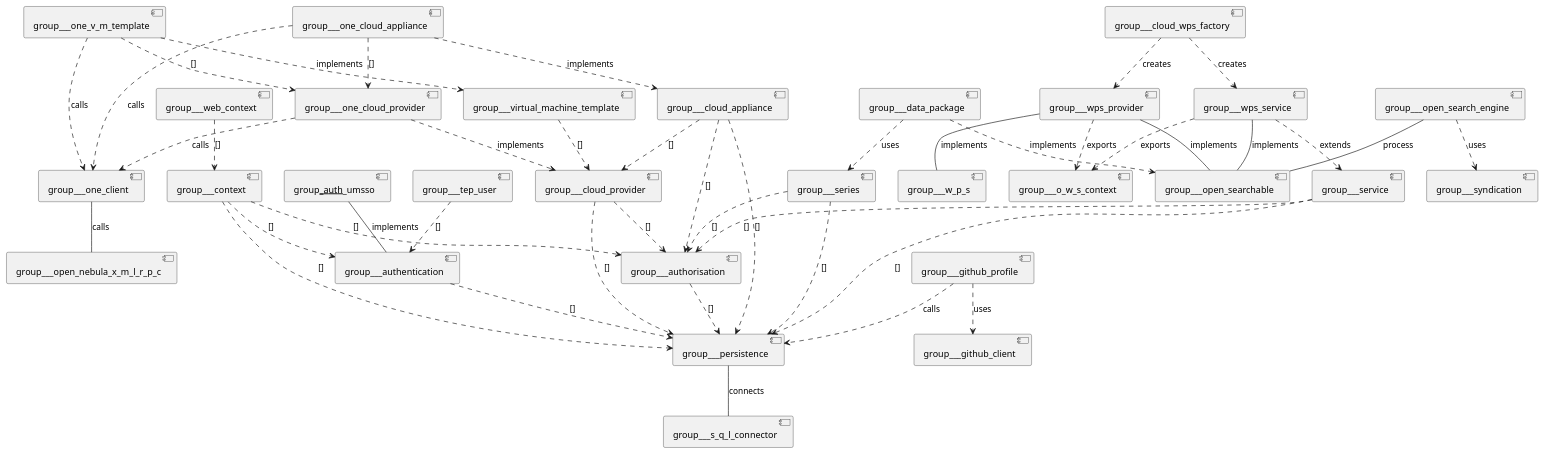
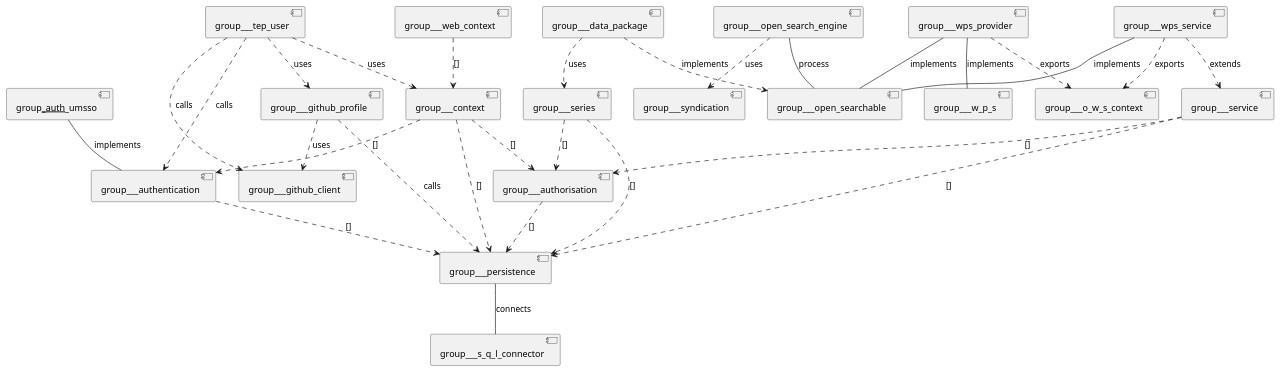
One commit to urban-tep/DDF-SDD changed the diagram in source/groups/group_relations.iuml. Above: the diagram before and after it, drawn with PlantUML. The commit also changed 133 other files, not shown here.

```diff
--- a/source/groups/group_relations.iuml
+++ b/source/groups/group_relations.iuml
@@ -1,44 +1,30 @@
 @startuml
 [group___auth___umsso]  --  [group___authentication] : implements
 [group___authentication]  ..>  [group___persistence] : []
 [group___authorisation]  ..>  [group___persistence] : []
-[group___cloud_appliance]  ..>  [group___persistence] : []
-[group___cloud_appliance]  ..>  [group___cloud_provider] : []
-[group___cloud_appliance]  ..>  [group___authorisation] : []
-[group___cloud_provider]  ..>  [group___persistence] : []
-[group___cloud_provider]  ..>  [group___authorisation] : []
-[group___cloud_wps_factory]  ..>  [group___wps_provider] : creates
-[group___cloud_wps_factory]  ..>  [group___wps_service] : creates
 [group___context]  ..>  [group___persistence] : []
 [group___context]  ..>  [group___authorisation] : []
 [group___context]  ..>  [group___authentication] : []
 [group___data_package]  ..>  [group___series] : uses
 [group___data_package]  ..>  [group___open_searchable] : implements
 [group___github_profile]  ..>  [group___persistence] : calls
 [group___github_profile]  ..>  [group___github_client] : uses
-[group___one_client]  --  [group___open_nebula_x_m_l_r_p_c] : calls
-[group___one_cloud_appliance]  ..>  [group___one_cloud_provider] : []
-[group___one_cloud_appliance]  ..>  [group___cloud_appliance] : implements
-[group___one_cloud_appliance]  ..>  [group___one_client] : calls
-[group___one_cloud_provider]  ..>  [group___cloud_provider] : implements
-[group___one_cloud_provider]  ..>  [group___one_client] : calls
-[group___one_v_m_template]  ..>  [group___one_cloud_provider] : []
-[group___one_v_m_template]  ..>  [group___virtual_machine_template] : implements
-[group___one_v_m_template]  ..>  [group___one_client] : calls
 [group___open_search_engine]  --  [group___open_searchable] : process
 [group___open_search_engine]  ..>  [group___syndication] : uses
 [group___persistence]  --  [group___s_q_l_connector] : connects
 [group___series]  ..>  [group___persistence] : []
 [group___series]  ..>  [group___authorisation] : []
 [group___service]  ..>  [group___persistence] : []
 [group___service]  ..>  [group___authorisation] : []
-[group___tep_user]  ..>  [group___authentication] : []
-[group___virtual_machine_template]  ..>  [group___cloud_provider] : []
+[group___tep_user]  ..>  [group___context] : uses
+[group___tep_user]  ..>  [group___github_profile] : uses
+[group___tep_user]  ..>  [group___authentication] : calls
+[group___tep_user]  ..>  [group___github_client] : calls
 [group___web_context]  ..>  [group___context] : []
 [group___wps_provider]  ..>  [group___o_w_s_context] : exports
 [group___wps_provider]  --  [group___open_searchable] : implements
 [group___wps_provider]  --  [group___w_p_s] : implements
 [group___wps_service]  ..>  [group___service] : extends
 [group___wps_service]  ..>  [group___o_w_s_context] : exports
 [group___wps_service]  --  [group___open_searchable] : implements
 @enduml
```
